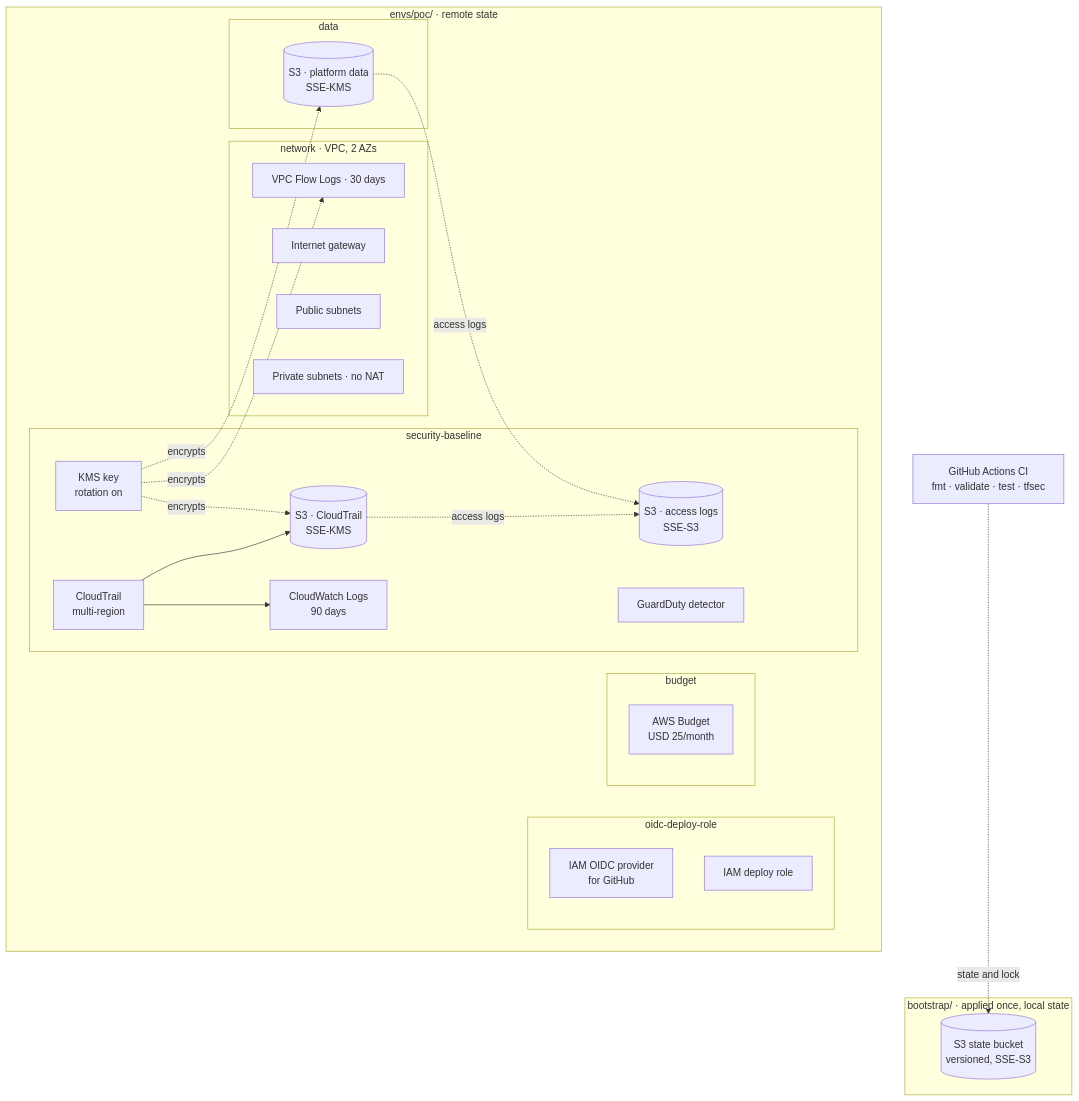
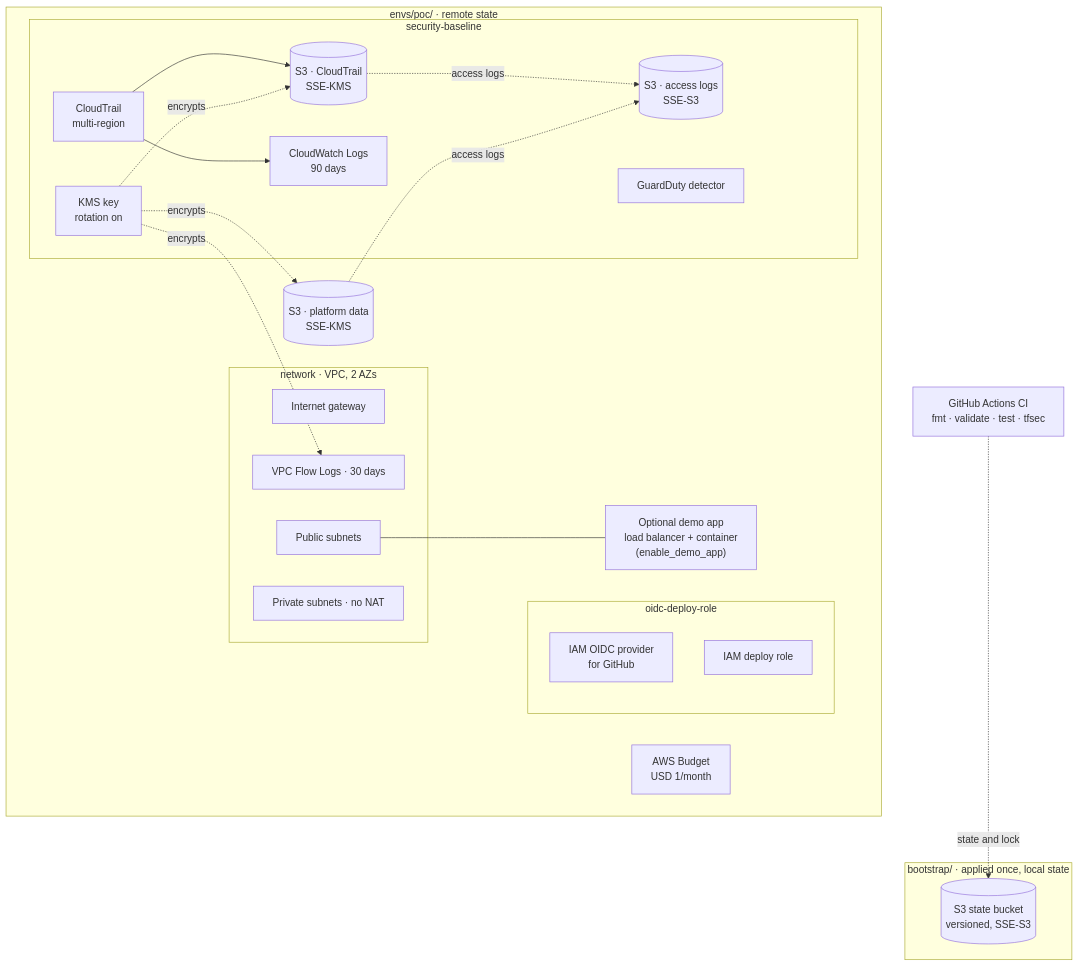
Before and after one commit to G-0Z/IFB398---Cobble-AWS---T235: the diagram in README.md, drawn with Mermaid. The commit also changed other lines of this file and 171 other files, not shown here.

````diff
--- a/README.md
+++ b/README.md
@@ -29,48 +67,47 @@
 ```mermaid
 flowchart TB
     subgraph L0["bootstrap/ · applied once, local state"]
         S3STATE[("S3 state bucket<br/>versioned, SSE-S3")]
     end
 
     subgraph L1["envs/poc/ · remote state"]
         subgraph SECURITY["security-baseline"]
             KMS["KMS key<br/>rotation on"]
             TRAIL["CloudTrail<br/>multi-region"]
             TRAILBUCKET[("S3 · CloudTrail<br/>SSE-KMS")]
             TRAILLOGS["CloudWatch Logs<br/>90 days"]
             ACCESSBUCKET[("S3 · access logs<br/>SSE-S3")]
             GUARDDUTY["GuardDuty detector"]
         end
 
         subgraph IDENTITY["oidc-deploy-role"]
             OIDCPROVIDER["IAM OIDC provider<br/>for GitHub"]
             DEPLOYROLE["IAM deploy role"]
         end
 
-        subgraph COST["budget"]
-            BUDGET["AWS Budget<br/>USD 25/month"]
-        end
+        BUDGET["AWS Budget<br/>USD 1/month"]
 
         subgraph NETWORK["network · VPC, 2 AZs"]
             IGW["Internet gateway"]
             PUBSUB["Public subnets"]
             PRIVSUB["Private subnets · no NAT"]
             FLOWLOGS["VPC Flow Logs · 30 days"]
         end
 
-        subgraph DATA["data"]
-            DATABUCKET[("S3 · platform data<br/>SSE-KMS")]
-        end
+        DATABUCKET[("S3 · platform data<br/>SSE-KMS")]
+
+        DEMO["Optional demo app<br/>load balancer + container<br/>(enable_demo_app)"]
     end
 
     GH["GitHub Actions CI<br/>fmt · validate · test · tfsec"]
 
     GH -. state and lock .-> S3STATE
     TRAIL --> TRAILBUCKET
     TRAIL --> TRAILLOGS
     KMS -. encrypts .-> TRAILBUCKET
     KMS -. encrypts .-> DATABUCKET
     KMS -. encrypts .-> FLOWLOGS
     TRAILBUCKET -. access logs .-> ACCESSBUCKET
     DATABUCKET -. access logs .-> ACCESSBUCKET
+    PUBSUB --- DEMO
 ```
````
